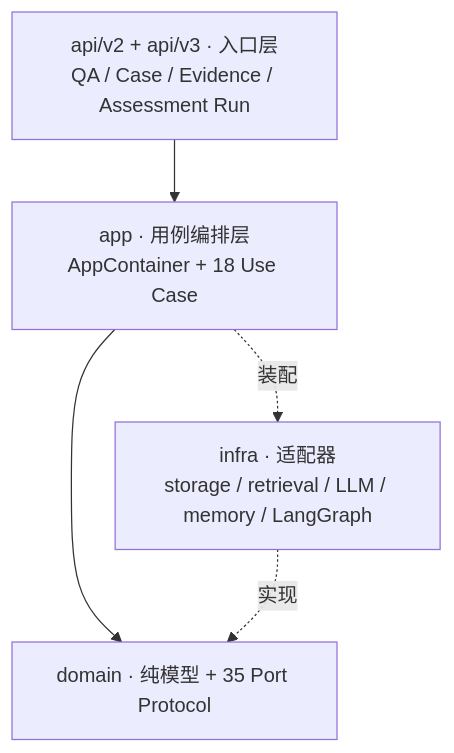
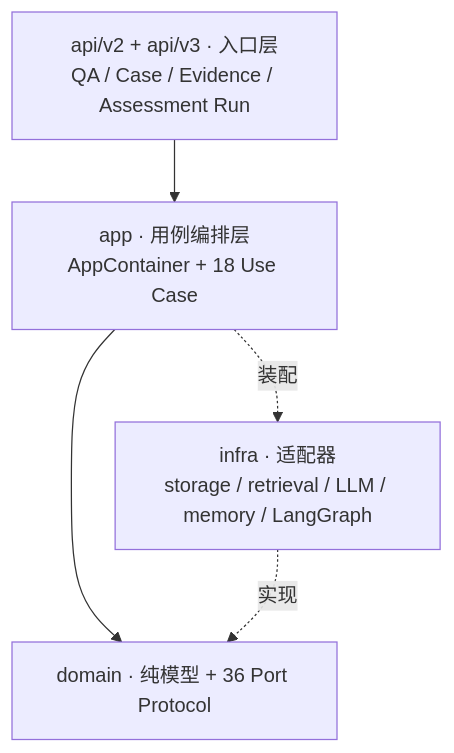
One commit to Melodymll01/riskpilot-cross-border-data-agent changed the first of 2 diagrams in README.md. Above: the diagram before and after it, drawn with Mermaid. The commit also changed other lines of this file and 27 other files, not shown here.

````diff
--- a/README.md
+++ b/README.md
@@ -71,11 +72,11 @@
 ```mermaid
 flowchart TB
     API[api/v2 + api/v3 · 入口层<br/>QA / Case / Evidence / Assessment Run]
     APP[app · 用例编排层<br/>AppContainer + 18 Use Case]
-    DOMAIN[domain · 纯模型 + 35 Port Protocol]
+    DOMAIN[domain · 纯模型 + 36 Port Protocol]
     INFRA[infra · 适配器<br/>storage / retrieval / LLM / memory / LangGraph]
 
     API --> APP --> DOMAIN
     INFRA -.实现.-> DOMAIN
     APP -.装配.-> INFRA
 ```
````
